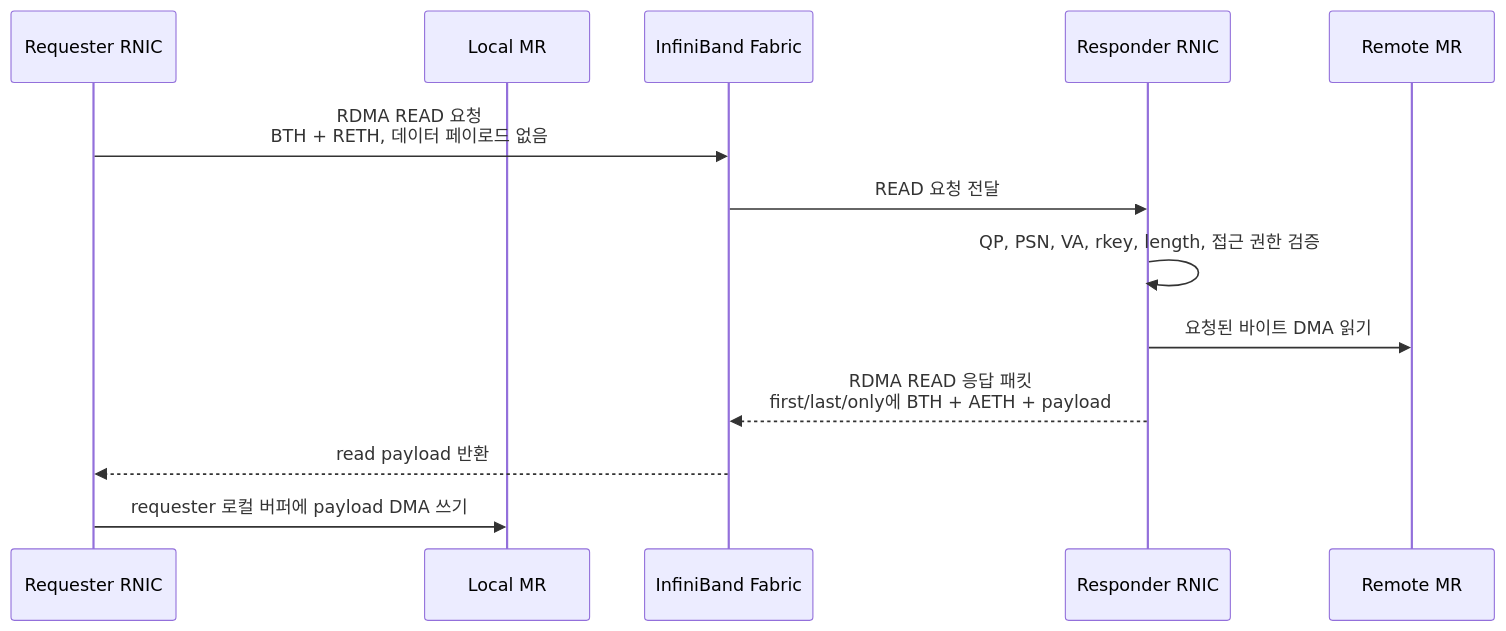
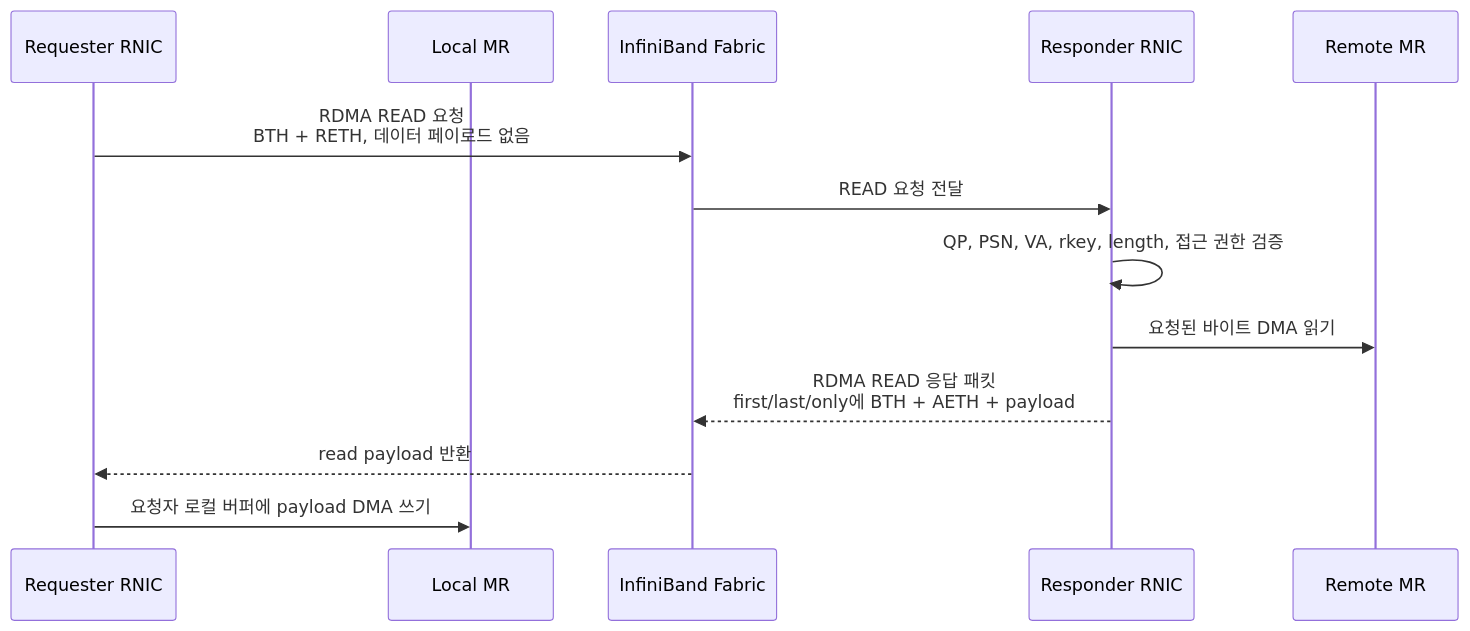
The seventh of 9 diagrams in ai-data-center-network/ib-packet-analysis/README_KO.md (ziwon/ai-data-center-network), drawn with Mermaid before and after one commit. The commit also changed other lines of this file and 1 other file, not shown here.

````diff
--- a/ai-data-center-network/ib-packet-analysis/README_KO.md
+++ b/ai-data-center-network/ib-packet-analysis/README_KO.md
@@ -548,16 +548,16 @@
 ```mermaid
 sequenceDiagram
     participant Req as Requester RNIC
     participant LocalMR as Local MR
     participant Fabric as InfiniBand Fabric
     participant Resp as Responder RNIC
     participant RemoteMR as Remote MR
 
     Req->>Fabric: RDMA READ 요청<br/>BTH + RETH, 데이터 페이로드 없음
     Fabric->>Resp: READ 요청 전달
     Resp->>Resp: QP, PSN, VA, rkey, length, 접근 권한 검증
     Resp->>RemoteMR: 요청된 바이트 DMA 읽기
     Resp-->>Fabric: RDMA READ 응답 패킷<br/>first/last/only에 BTH + AETH + payload
     Fabric-->>Req: read payload 반환
-    Req->>LocalMR: requester 로컬 버퍼에 payload DMA 쓰기
+    Req->>LocalMR: 요청자 로컬 버퍼에 payload DMA 쓰기
 ```
````
